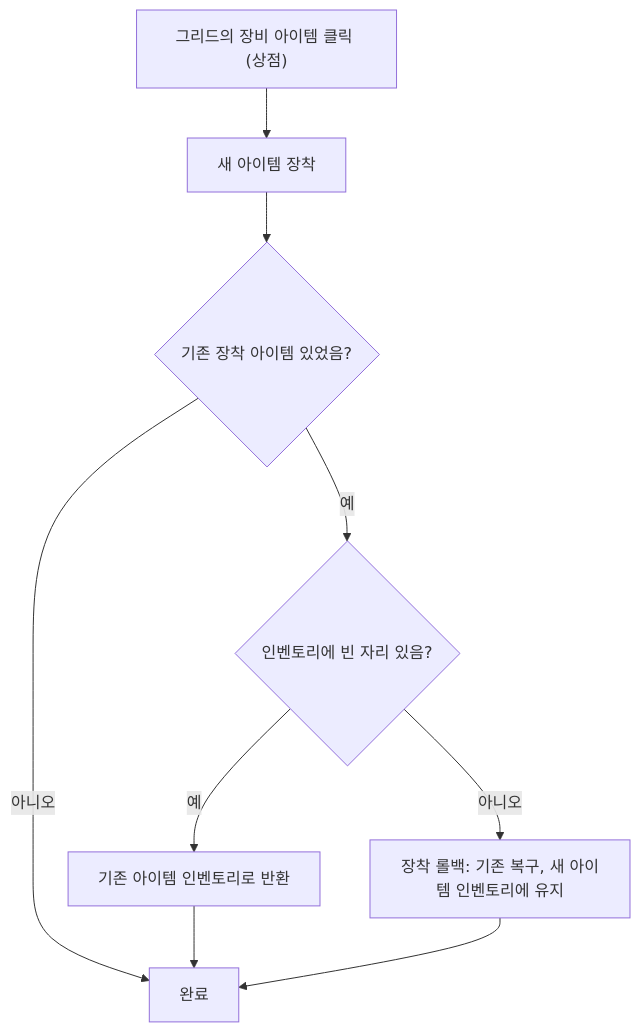
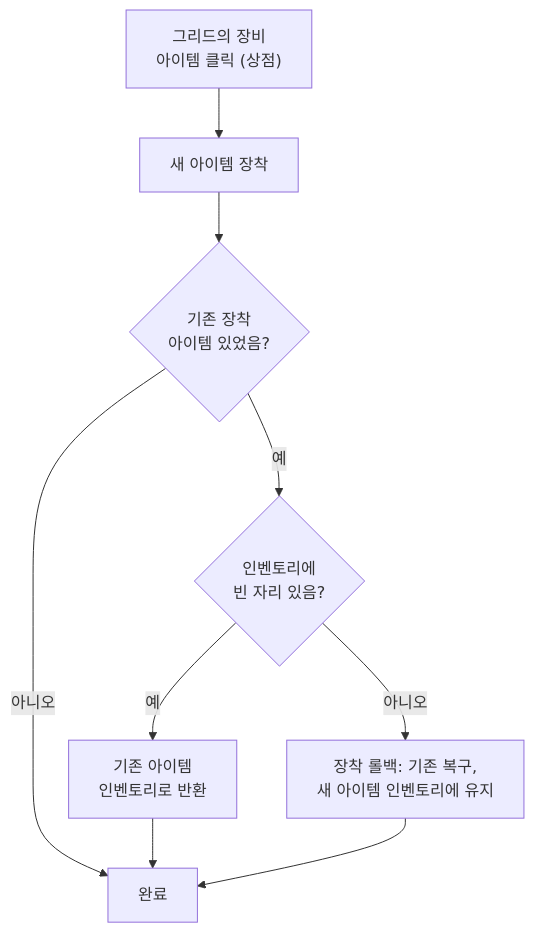
The seventh of 9 diagrams in README.md (gesua/PanzerCity_scripts), drawn with Mermaid before and after one commit. The commit also changed other lines of this file, not shown here.

````diff
--- a/README.md
+++ b/README.md
@@ -308,9 +472,9 @@
 ```mermaid
 flowchart TD
-    A["그리드의 장비 아이템 클릭 (상점)"] --> B["새 아이템 장착"]
-    B --> C{"기존 장착 아이템 있었음?"}
+    A["그리드의 장비<br/>아이템 클릭 (상점)"] --> B["새 아이템 장착"]
+    B --> C{"기존 장착<br/>아이템 있었음?"}
     C -- 아니오 --> G[완료]
-    C -- 예 --> D{"인벤토리에 빈 자리 있음?"}
-    D -- 예 --> E["기존 아이템 인벤토리로 반환"] --> G
-    D -- 아니오 --> F["장착 롤백: 기존 복구, 새 아이템 인벤토리에 유지"] --> G
+    C -- 예 --> D{"인벤토리에<br/>빈 자리 있음?"}
+    D -- 예 --> E["기존 아이템<br/>인벤토리로 반환"] --> G
+    D -- 아니오 --> F["장착 롤백: 기존 복구,<br/>새 아이템 인벤토리에 유지"] --> G
 ```
````
